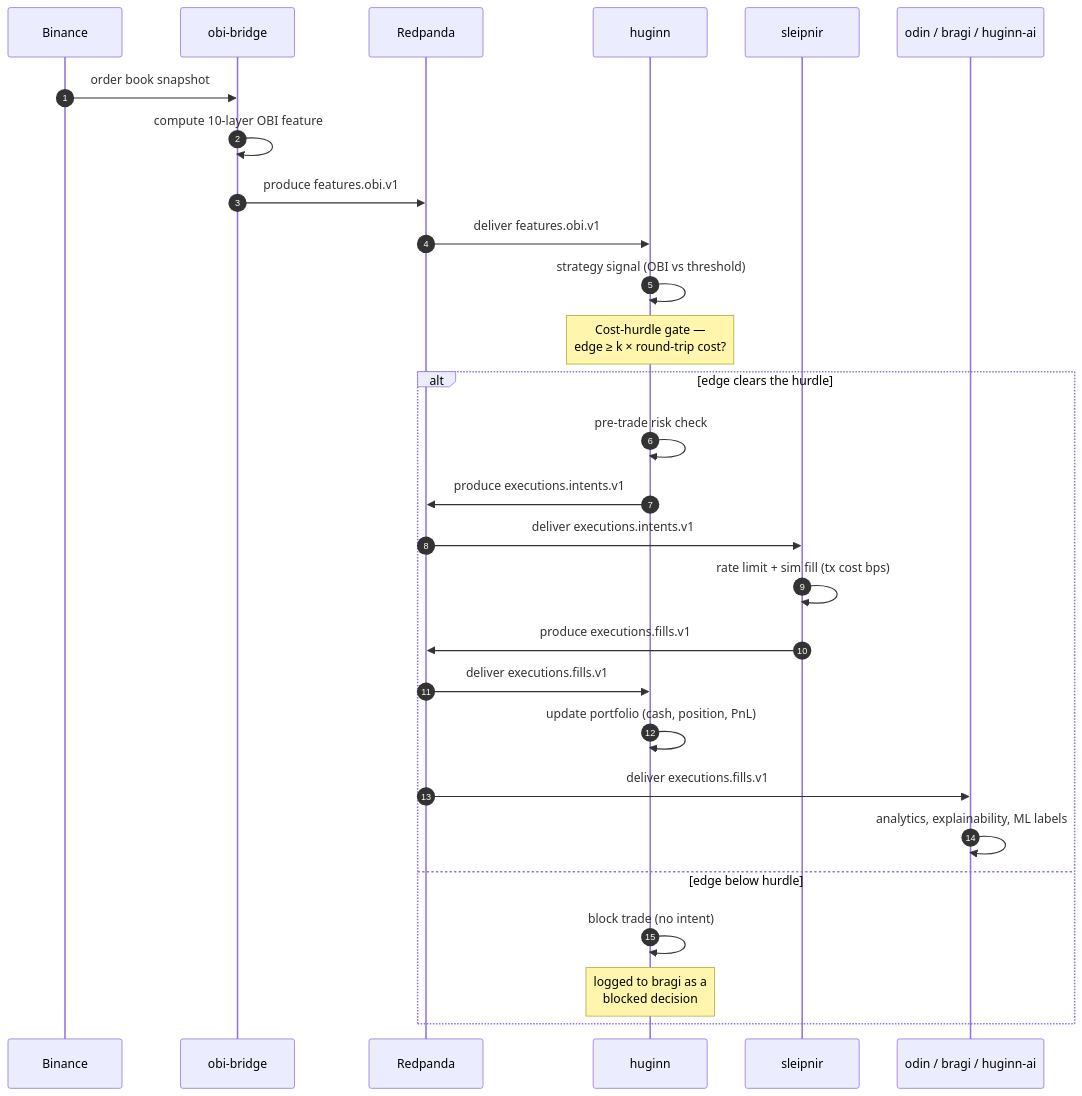
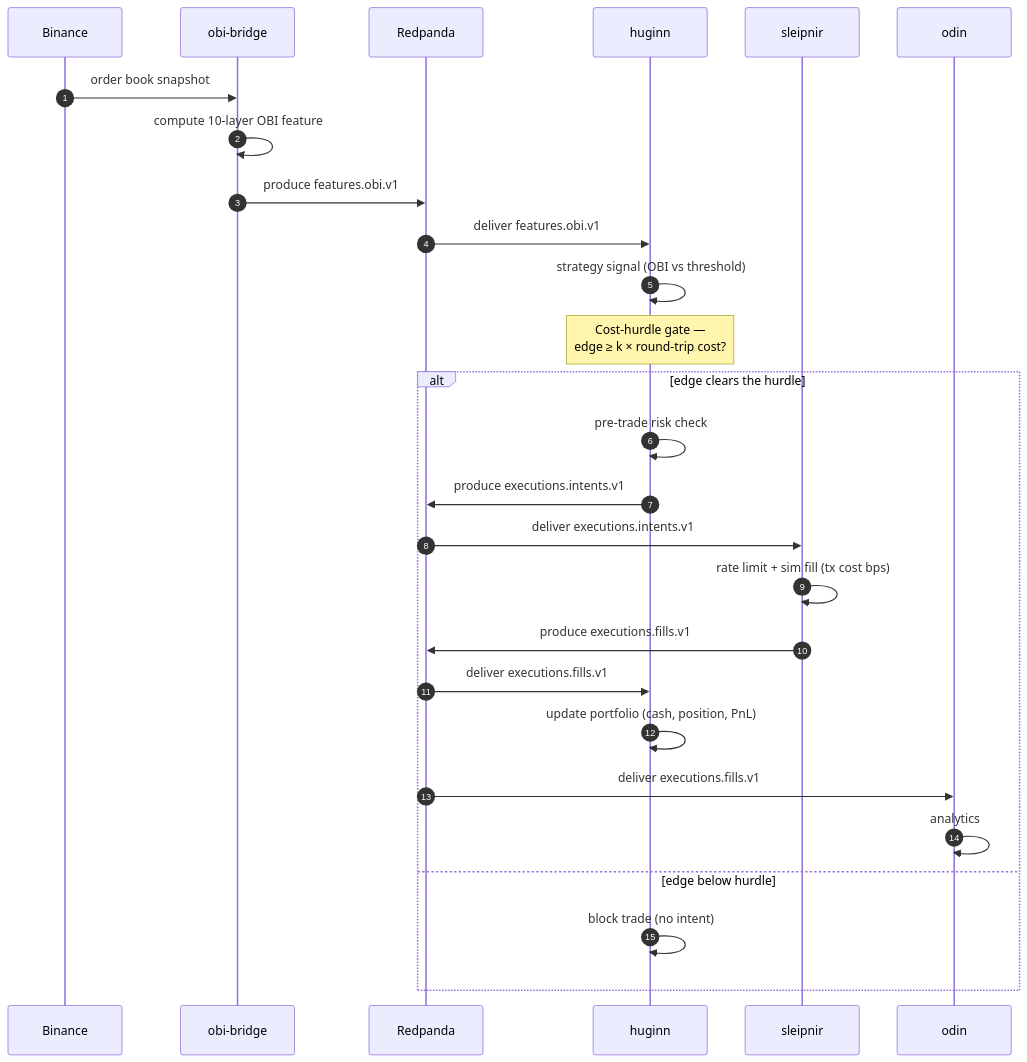
The second of 2 diagrams in docs/ARCHITECTURE.md (lgreene03/norse-stack), drawn with Mermaid before and after one commit. The commit also changed other lines of this file and 49 other files, not shown here.

First line of the commit message:
G2.6: retire bragi, huginn-ai, heimdall and mimir (#69)

````diff
--- a/docs/ARCHITECTURE.md
+++ b/docs/ARCHITECTURE.md
@@ -131,33 +123,32 @@
 ```mermaid
 sequenceDiagram
     autonumber
     participant B as Binance
     participant OB as obi-bridge
     participant K as Redpanda
     participant H as huginn
     participant S as sleipnir
-    participant O as odin / bragi / huginn-ai
+    participant O as odin
 
     B->>OB: order book snapshot
     OB->>OB: compute 10-layer OBI feature
     OB->>K: produce features.obi.v1
     K->>H: deliver features.obi.v1
 
     H->>H: strategy signal (OBI vs threshold)
     Note over H: Cost-hurdle gate —<br/>edge ≥ k × round-trip cost?
 
     alt edge clears the hurdle
         H->>H: pre-trade risk check
         H->>K: produce executions.intents.v1
         K->>S: deliver executions.intents.v1
         S->>S: rate limit + sim fill (tx cost bps)
         S->>K: produce executions.fills.v1
         K->>H: deliver executions.fills.v1
         H->>H: update portfolio (cash, position, PnL)
         K->>O: deliver executions.fills.v1
-        O->>O: analytics, explainability, ML labels
+        O->>O: analytics
     else edge below hurdle
         H->>H: block trade (no intent)
-        Note over H: logged to bragi as a<br/>blocked decision
     end
 ```
````
